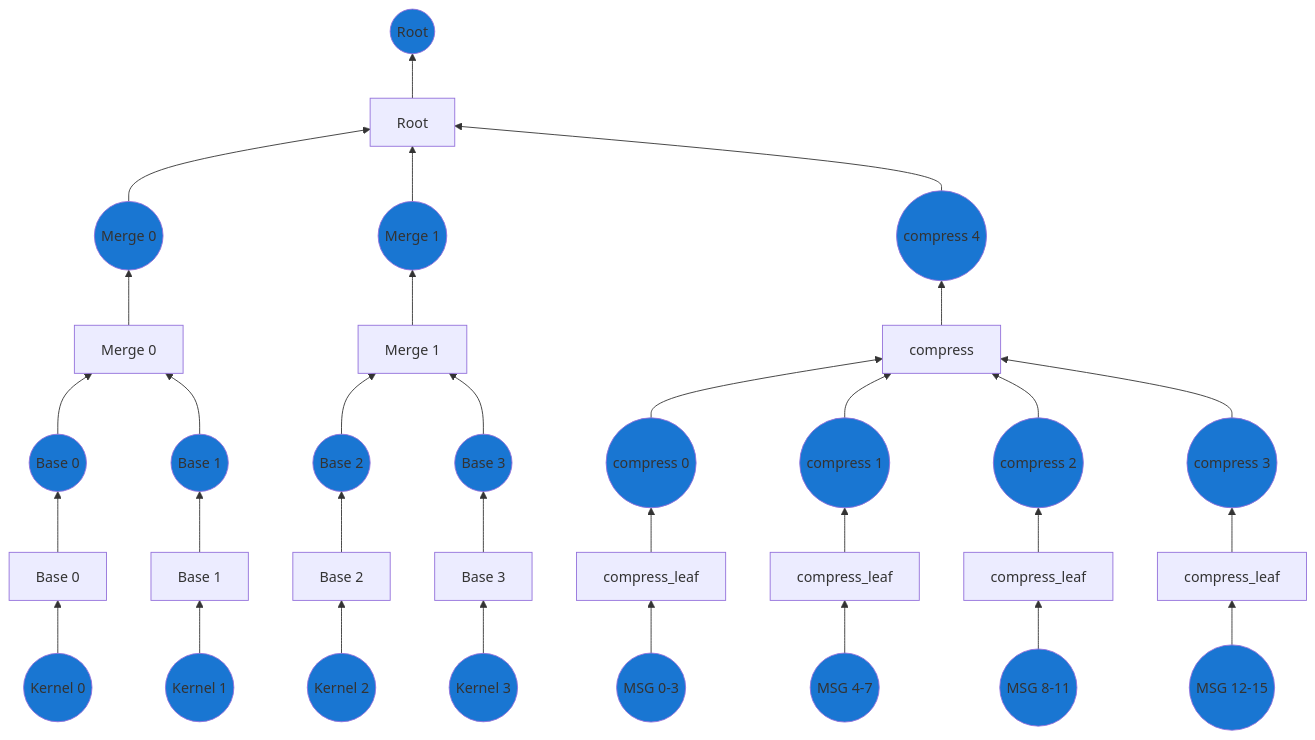
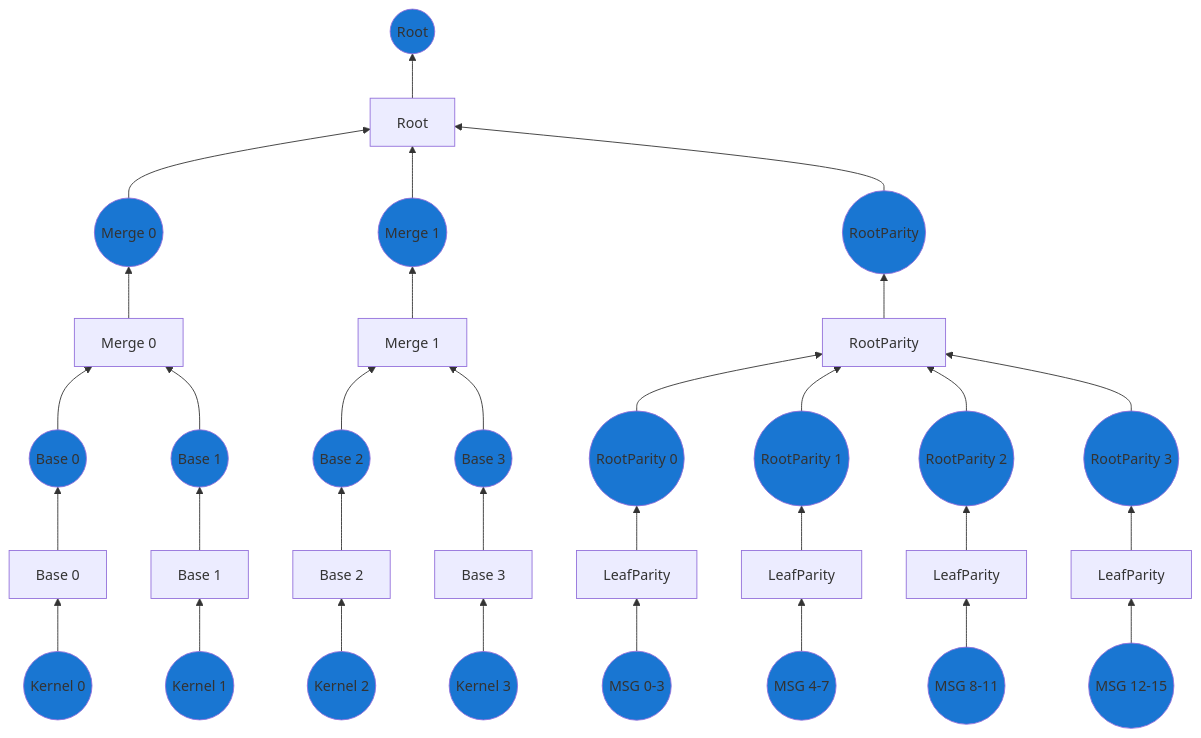
Before and after one commit to AztecProtocol/aztec-packages: the first of 6 diagrams in yellow-paper/docs/rollup-circuits/index.md, drawn with Mermaid. The commit also changed other lines of this file and 4 other files, not shown here.

```diff
--- a/yellow-paper/docs/rollup-circuits/index.md
+++ b/yellow-paper/docs/rollup-circuits/index.md
@@ -91,19 +91,19 @@
 
     R --> R_c
 
-    R((compress 4))
+    R((RootParity))
 
-    T0[compress_leaf]
-    T1[compress_leaf]
-    T2[compress_leaf]
-    T3[compress_leaf]
+    T0[LeafParity]
+    T1[LeafParity]
+    T2[LeafParity]
+    T3[LeafParity]
 
-    T0_P((compress 0))
-    T1_P((compress 1))
-    T2_P((compress 2))
-    T3_P((compress 3))
+    T0_P((RootParity 0))
+    T1_P((RootParity 1))
+    T2_P((RootParity 2))
+    T3_P((RootParity 3))
 
-    T4[compress]
+    T4[RootParity]
 
     I0 --> T0
     I1 --> T1
```
